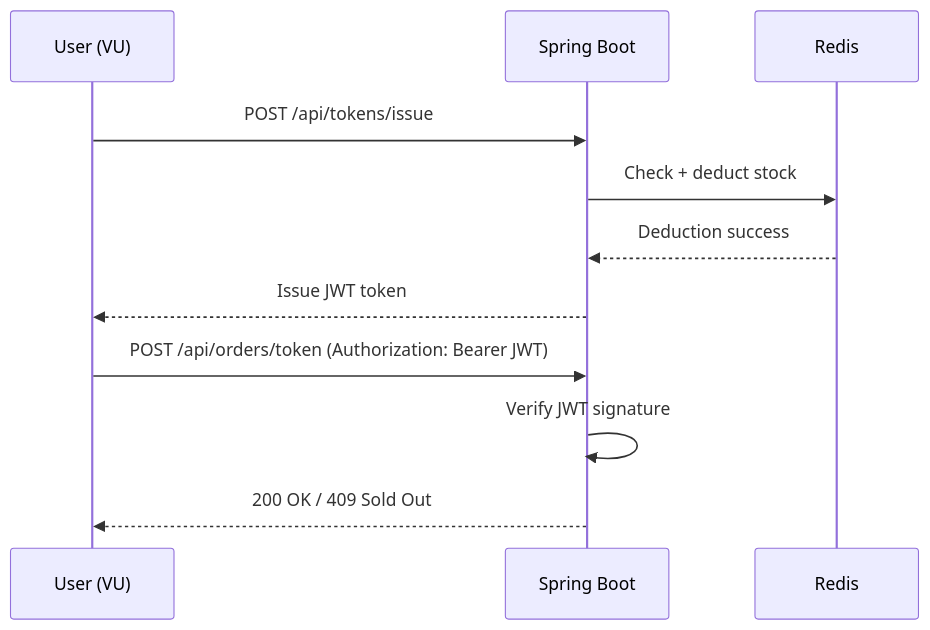
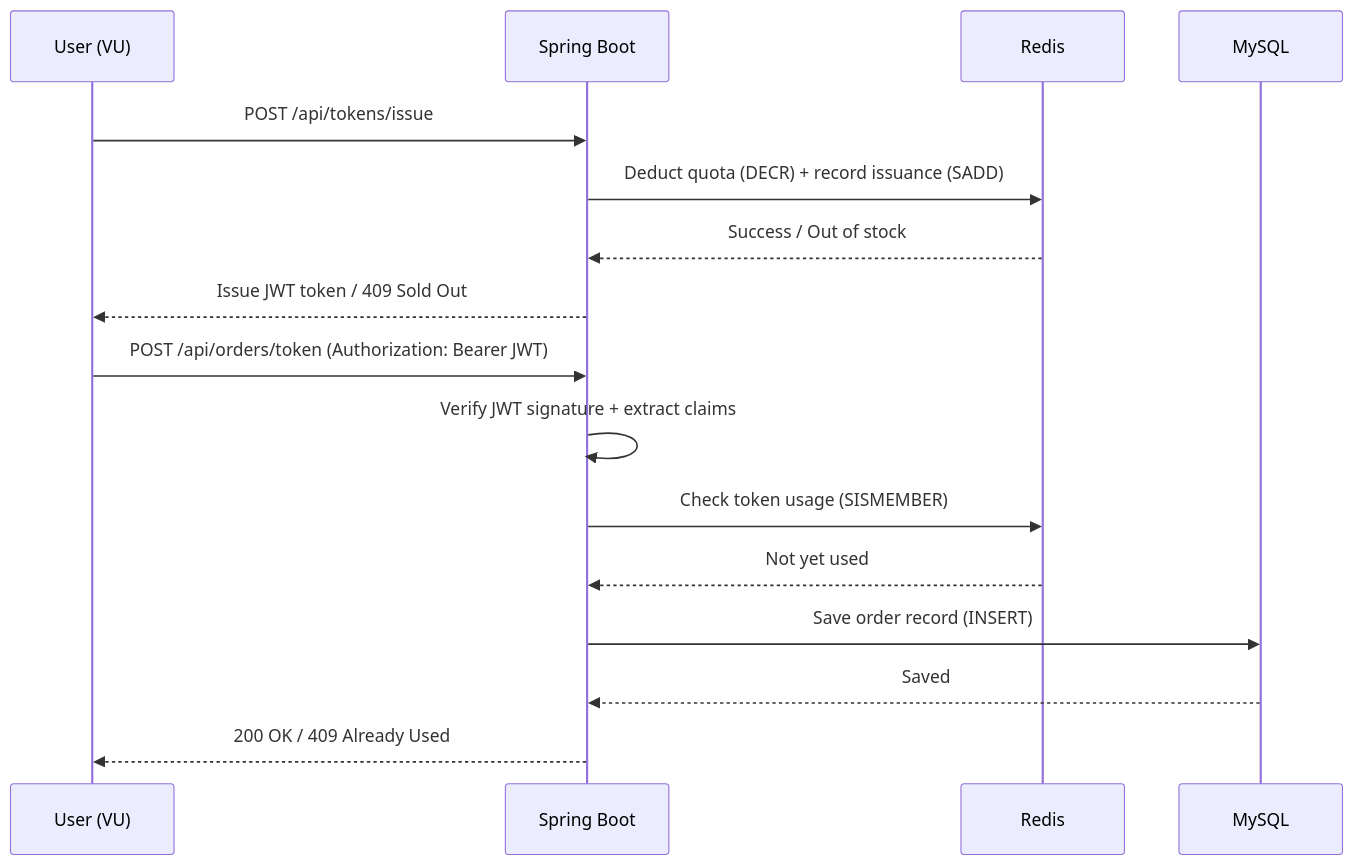
The fourth of 4 diagrams in src/content/blog/en/fcfs-load-test-comparison.md (rhcwlq89/rhcwlq89.github.io), drawn with Mermaid before and after one commit. The commit also changed other lines of this file and 1 other file, not shown here.

First line of the commit message:
fix: 8편 대기열·토큰 시퀀스 다이어그램을 실제 구현에 맞게 수정 (한/영)

````diff
--- a/src/content/blog/en/fcfs-load-test-comparison.md
+++ b/src/content/blog/en/fcfs-load-test-comparison.md
@@ -289,15 +294,20 @@
 ```mermaid
 sequenceDiagram
     participant U as User (VU)
     participant A as Spring Boot
     participant R as Redis
+    participant DB as MySQL
 
     U->>A: POST /api/tokens/issue
-    A->>R: Check + deduct stock
-    R-->>A: Deduction success
-    A-->>U: Issue JWT token
+    A->>R: Deduct quota (DECR) + record issuance (SADD)
+    R-->>A: Success / Out of stock
+    A-->>U: Issue JWT token / 409 Sold Out
 
     U->>A: POST /api/orders/token (Authorization: Bearer JWT)
-    A->>A: Verify JWT signature
-    A-->>U: 200 OK / 409 Sold Out
+    A->>A: Verify JWT signature + extract claims
+    A->>R: Check token usage (SISMEMBER)
+    R-->>A: Not yet used
+    A->>DB: Save order record (INSERT)
+    DB-->>A: Saved
+    A-->>U: 200 OK / 409 Already Used
 ```
````
